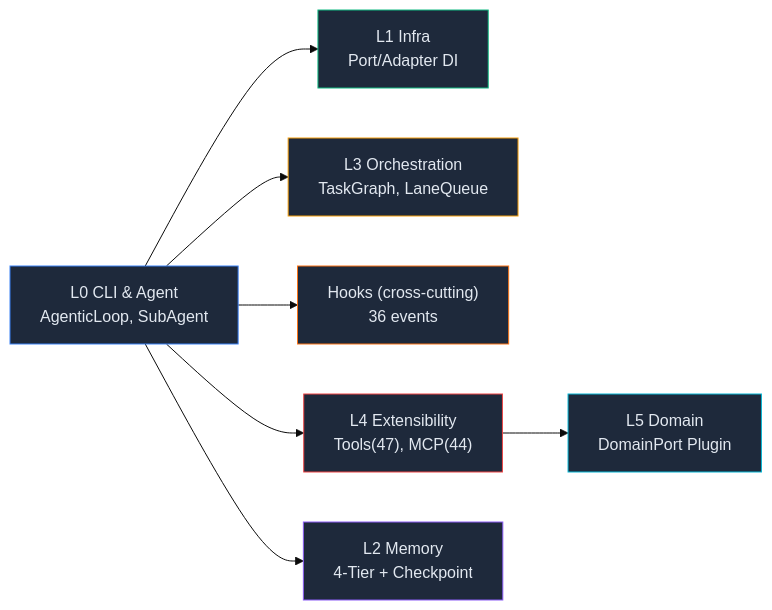
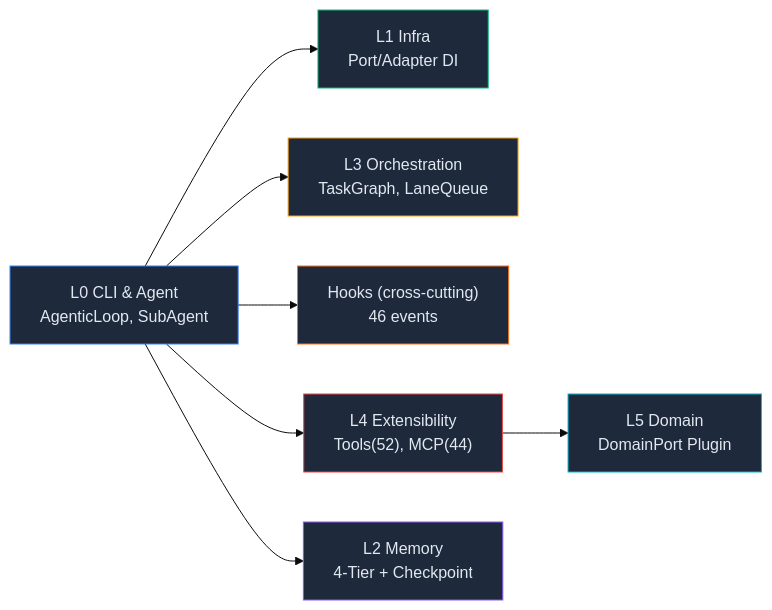
The second of 2 diagrams in README.md (mangowhoiscloud/geode), drawn with Mermaid (base theme) before and after one commit. The commit also changed other lines of this file and 11 other files, not shown here.

````diff
--- a/README.md
+++ b/README.md
@@ -152,17 +152,17 @@
 ```mermaid
 graph LR
     L0["L0 CLI & Agent<br/>AgenticLoop, SubAgent"] --> L1["L1 Infra<br/>Port/Adapter DI"]
     L0 --> L3["L3 Orchestration<br/>TaskGraph, LaneQueue"]
-    L0 --> HK["Hooks (cross-cutting)<br/>36 events"]
-    L0 --> L4["L4 Extensibility<br/>Tools(47), MCP(44)"]
+    L0 --> HK["Hooks (cross-cutting)<br/>46 events"]
+    L0 --> L4["L4 Extensibility<br/>Tools(52), MCP(44)"]
     L4 --> L5["L5 Domain<br/>DomainPort Plugin"]
     L0 --> L2["L2 Memory<br/>4-Tier + Checkpoint"]
 
     style L0 fill:#1e293b,stroke:#3b82f6,color:#e2e8f0
     style L1 fill:#1e293b,stroke:#10b981,color:#e2e8f0
     style L2 fill:#1e293b,stroke:#8b5cf6,color:#e2e8f0
     style L3 fill:#1e293b,stroke:#f59e0b,color:#e2e8f0
     style HK fill:#1e293b,stroke:#f97316,color:#e2e8f0
     style L4 fill:#1e293b,stroke:#ef4444,color:#e2e8f0
     style L5 fill:#1e293b,stroke:#06b6d4,color:#e2e8f0
 ```
````
